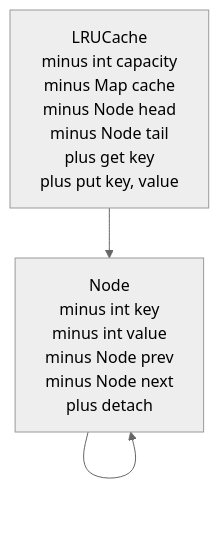
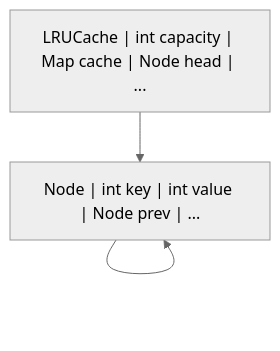
The sixth of 39 diagrams in LLD_NOTES/lld_visual_java_reference_fixed.md (mthaiseer/springcloud-systemdesign-notes), drawn with Mermaid (neutral theme) before and after one commit. The commit also changed other lines of this file, not shown here.

````diff
--- a/LLD_NOTES/lld_visual_java_reference_fixed.md
+++ b/LLD_NOTES/lld_visual_java_reference_fixed.md
@@ -487,7 +477,7 @@
 ```mermaid
 flowchart TD
-  C1["LRUCache<br/>minus int capacity<br/>minus Map cache<br/>minus Node head<br/>minus Node tail<br/>plus get key<br/>plus put key, value"]
-  C2["Node<br/>minus int key<br/>minus int value<br/>minus Node prev<br/>minus Node next<br/>plus detach"]
-  C1 --> C2
-  C2 --> C2
+  C1["LRUCache | int capacity | Map cache | Node head | ..."]
+  C2["Node | int key | int value | Node prev | ..."]
+C1 --> C2
+C2 --> C2
 ```
````
